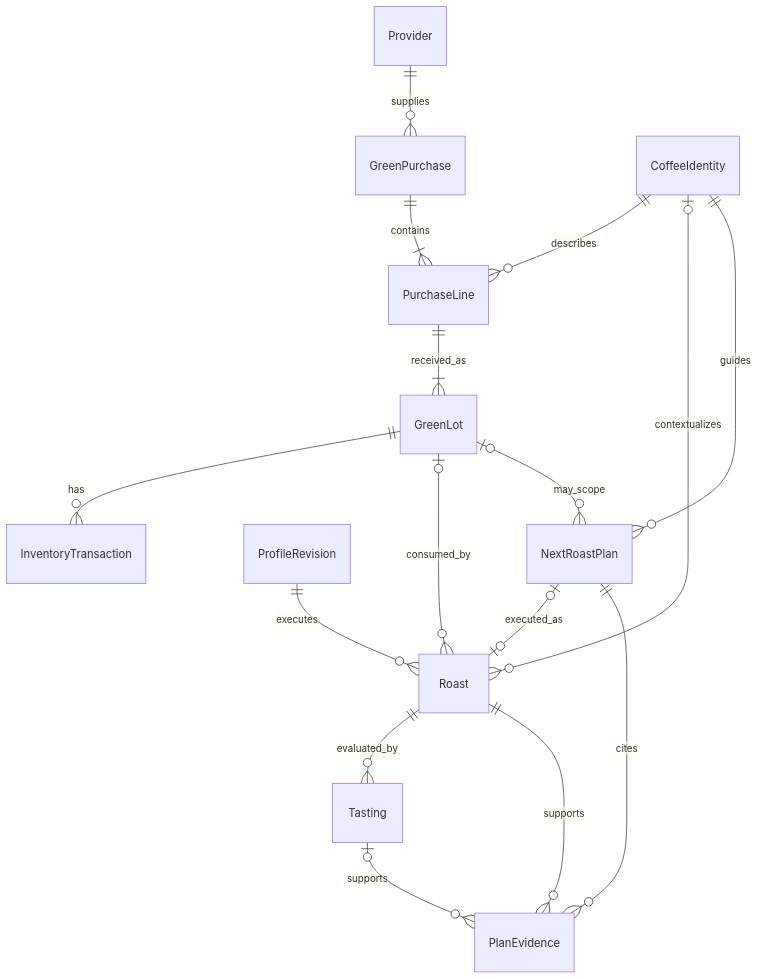
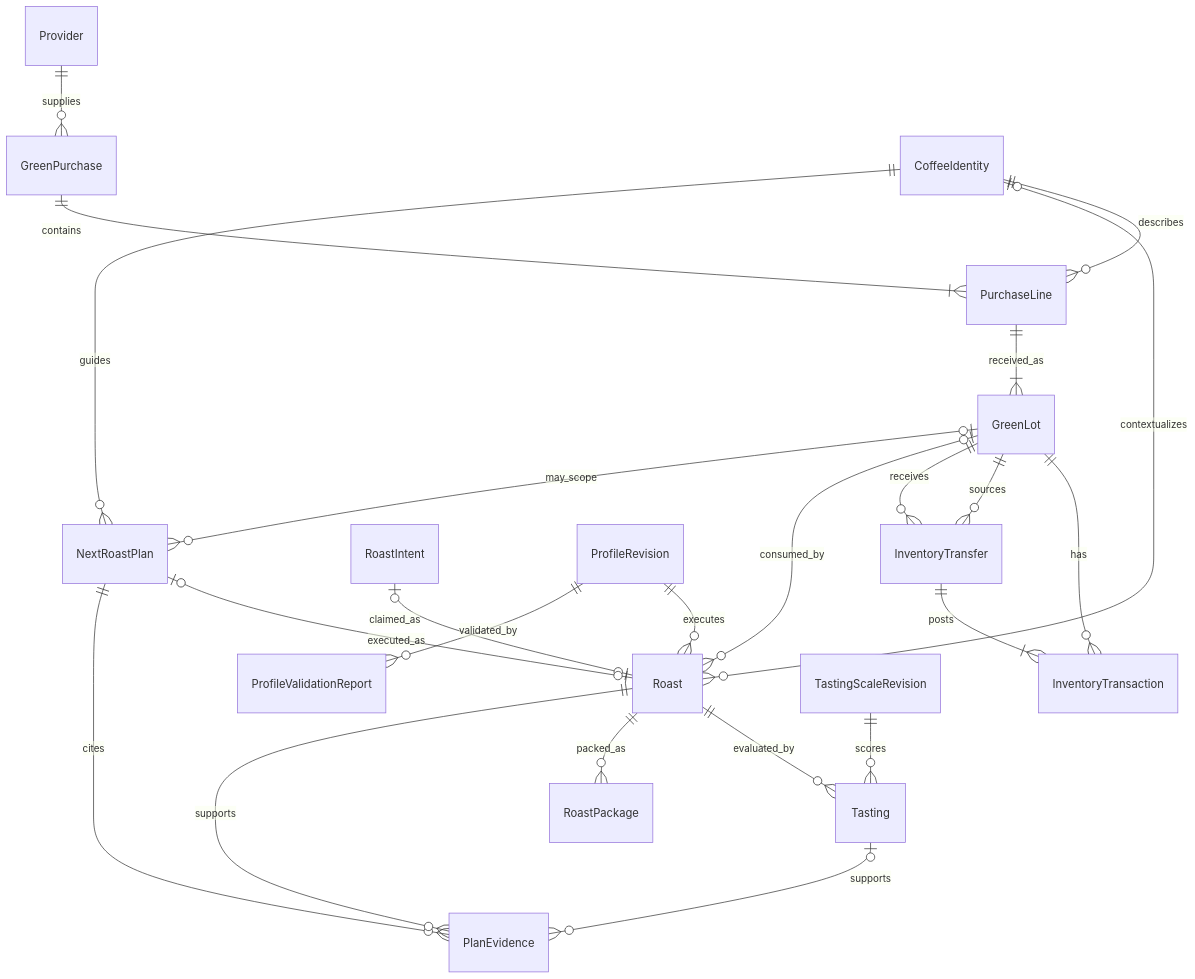
One commit to xavierroma/tan-studio changed the second of 2 diagrams in docs/03-product-requirements-document.md. Above: the diagram before and after it, drawn with Mermaid. The commit also changed other lines of this file and 1 other file, not shown here.

````diff
--- a/docs/03-product-requirements-document.md
+++ b/docs/03-product-requirements-document.md
@@ -623,18 +627,25 @@
 ```mermaid
 erDiagram
     Provider ||--o{ GreenPurchase : supplies
     GreenPurchase ||--|{ PurchaseLine : contains
     CoffeeIdentity ||--o{ PurchaseLine : describes
     PurchaseLine ||--|{ GreenLot : received_as
     GreenLot ||--o{ InventoryTransaction : has
+    GreenLot ||--o{ InventoryTransfer : sources
+    GreenLot ||--o{ InventoryTransfer : receives
+    InventoryTransfer ||--|{ InventoryTransaction : posts
+    RoastIntent o|--o| Roast : claimed_as
     GreenLot o|--o{ Roast : consumed_by
     CoffeeIdentity o|--o{ Roast : contextualizes
     ProfileRevision ||--o{ Roast : executes
+    ProfileRevision ||--o{ ProfileValidationReport : validated_by
     Roast ||--o{ Tasting : evaluated_by
+    TastingScaleRevision ||--o{ Tasting : scores
+    Roast ||--o{ RoastPackage : packed_as
     CoffeeIdentity ||--o{ NextRoastPlan : guides
     GreenLot o|--o{ NextRoastPlan : may_scope
     NextRoastPlan o|--o| Roast : executed_as
     NextRoastPlan ||--o{ PlanEvidence : cites
     Roast ||--o{ PlanEvidence : supports
     Tasting o|--o{ PlanEvidence : supports
 ```
````
